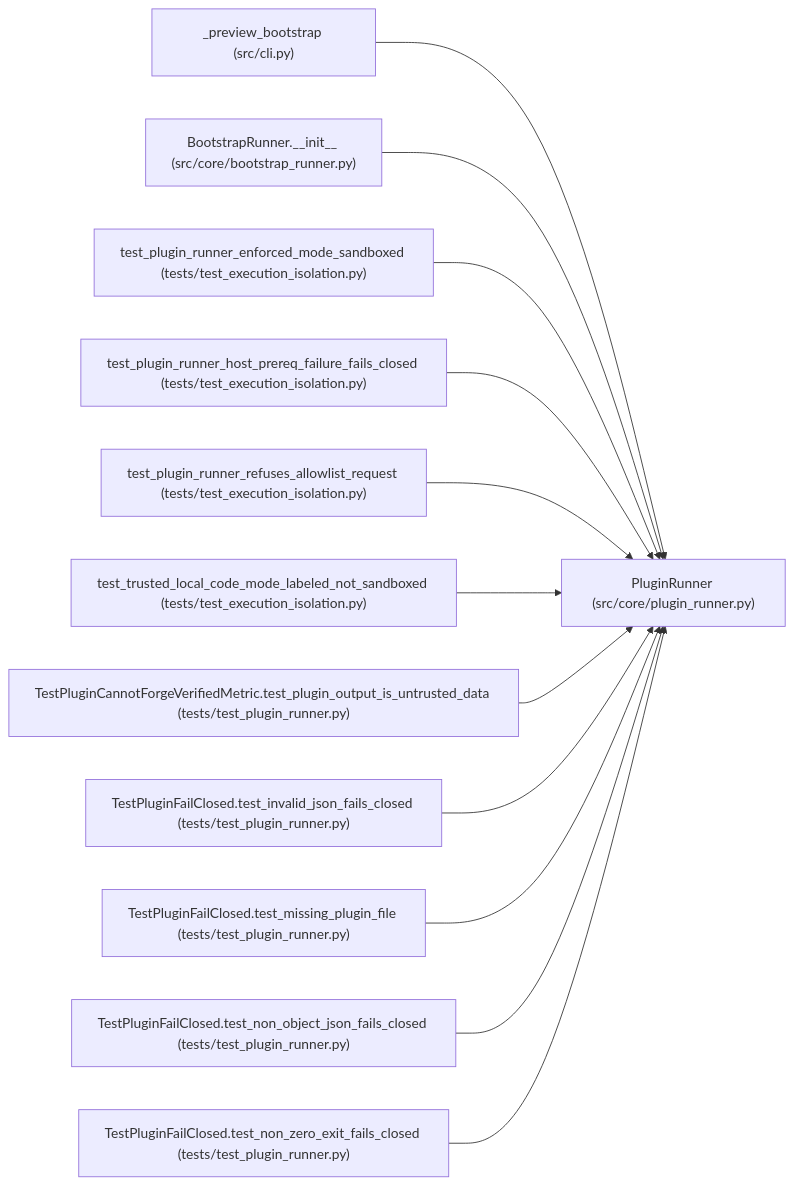
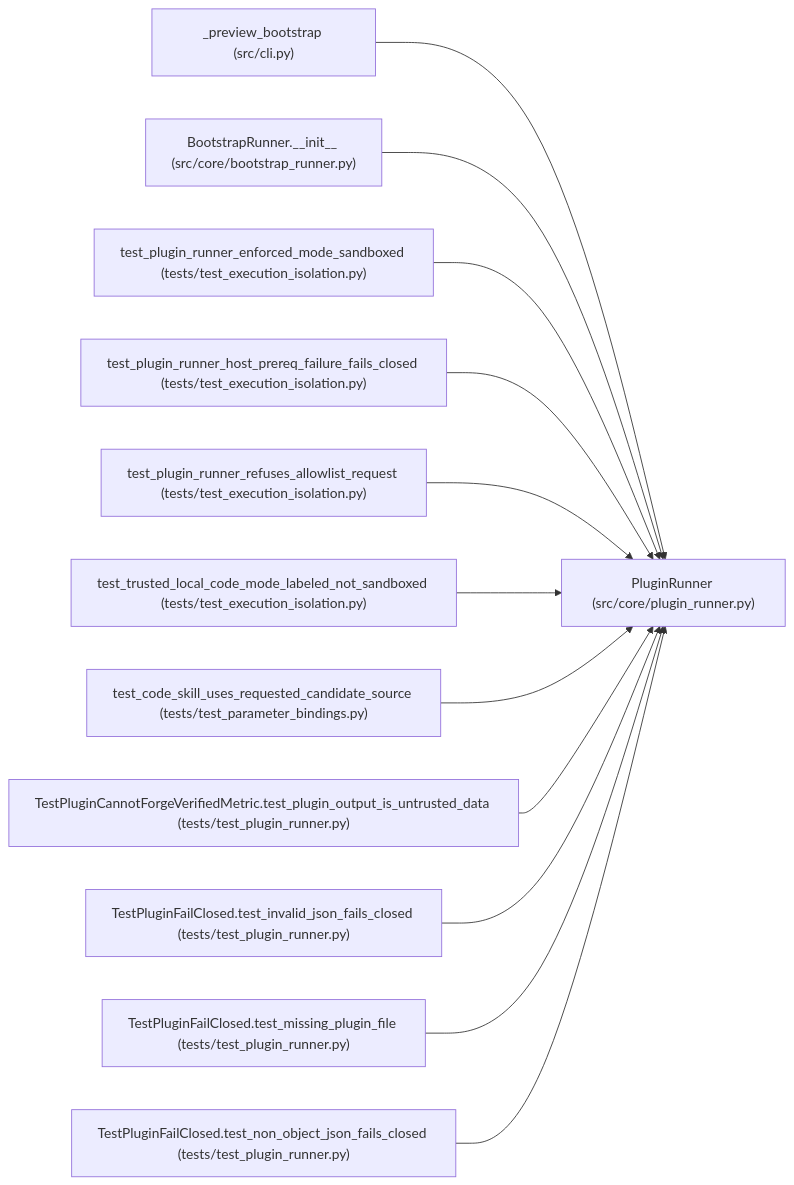
The diagram in docs/llm_wiki/entities/PluginRunner.md (Denissvgn/autoresearch-agent), drawn with Mermaid before and after one commit. The commit also changed other lines of this file and 38 other files, not shown here.

First line of the commit message:
docs(wiki): sync pages for skill parameter binding

````diff
--- a/docs/llm_wiki/entities/PluginRunner.md
+++ b/docs/llm_wiki/entities/PluginRunner.md
@@ -34,38 +34,38 @@
 ```mermaid
 flowchart LR
     n0["PluginRunner (src/core/plugin_runner.py)"]
     n1["_preview_bootstrap (src/cli.py)"]
     n2["BootstrapRunner.__init__ (src/core/bootstrap_runner.py)"]
     n3["test_plugin_runner_enforced_mode_sandboxed (tests/test_execution_isolation.py)"]
     n4["test_plugin_runner_host_prereq_failure_fails_closed (tests/test_execution_isolation.py)"]
     n5["test_plugin_runner_refuses_allowlist_request (tests/test_execution_isolation.py)"]
     n6["test_trusted_local_code_mode_labeled_not_sandboxed (tests/test_execution_isolation.py)"]
-    n7["TestPluginCannotForgeVerifiedMetric.test_plugin_output_is_untrusted_data (tests/test_plugin_runner.py)"]
-    n8["TestPluginFailClosed.test_invalid_json_fails_closed (tests/test_plugin_runner.py)"]
-    n9["TestPluginFailClosed.test_missing_plugin_file (tests/test_plugin_runner.py)"]
-    n10["TestPluginFailClosed.test_non_object_json_fails_closed (tests/test_plugin_runner.py)"]
-    n11["TestPluginFailClosed.test_non_zero_exit_fails_closed (tests/test_plugin_runner.py)"]
+    n7["test_code_skill_uses_requested_candidate_source (tests/test_parameter_bindings.py)"]
+    n8["TestPluginCannotForgeVerifiedMetric.test_plugin_output_is_untrusted_data (tests/test_plugin_runner.py)"]
+    n9["TestPluginFailClosed.test_invalid_json_fails_closed (tests/test_plugin_runner.py)"]
+    n10["TestPluginFailClosed.test_missing_plugin_file (tests/test_plugin_runner.py)"]
+    n11["TestPluginFailClosed.test_non_object_json_fails_closed (tests/test_plugin_runner.py)"]
     n1 --> n0
     n2 --> n0
     n3 --> n0
     n4 --> n0
     n5 --> n0
     n6 --> n0
     n7 --> n0
     n8 --> n0
     n9 --> n0
     n10 --> n0
     n11 --> n0
     click n0 "../modules/plugin_runner.md"
     click n1 "../modules/cli.md"
     click n2 "../modules/bootstrap_runner.md"
     click n3 "../modules/test_execution_isolation.md"
     click n4 "../modules/test_execution_isolation.md"
     click n5 "../modules/test_execution_isolation.md"
     click n6 "../modules/test_execution_isolation.md"
-    click n7 "../modules/test_plugin_runner.md"
+    click n7 "../modules/test_parameter_bindings.md"
     click n8 "../modules/test_plugin_runner.md"
     click n9 "../modules/test_plugin_runner.md"
     click n10 "../modules/test_plugin_runner.md"
     click n11 "../modules/test_plugin_runner.md"
 ```
````
